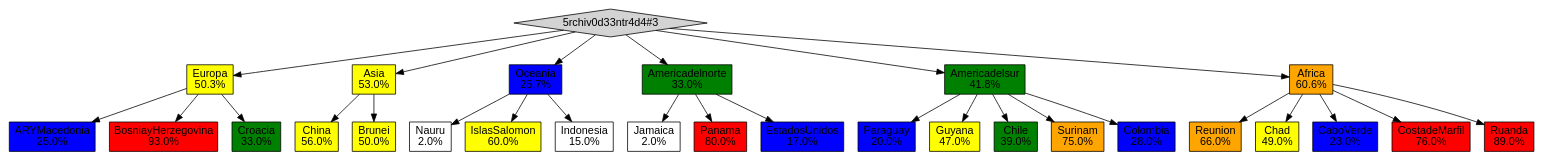
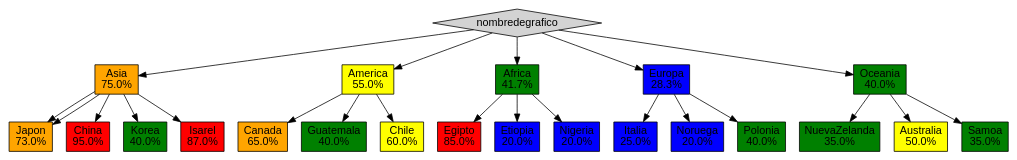
One commit to Farot3/-LFP-2S24Proyectos_202307820 changed the diagram in Proyecto1/grafica_paises.dot. Above: the diagram before and after it, drawn with Graphviz. The commit also changed 9 other files, not shown here.

```diff
--- a/Proyecto1/grafica_paises.dot
+++ b/Proyecto1/grafica_paises.dot
@@ -1,59 +1,49 @@
 digraph G {
 rankdir=TB;
 node [shape=box, style=filled, fontname="Arial"];
-"5rchiv0d33ntr4d4#3" [shape=diamond];
-"Europa" [label="Europa\n50.3%", fillcolor=yellow];
-"5rchiv0d33ntr4d4#3" -> "Europa";
-"ARYMacedonia" [label="ARYMacedonia\n25.0%", fillcolor=blue];
-"Europa" -> "ARYMacedonia";
-"BosniayHerzegovina" [label="BosniayHerzegovina\n93.0%", fillcolor=red];
-"Europa" -> "BosniayHerzegovina";
-"Croacia" [label="Croacia\n33.0%", fillcolor=green];
-"Europa" -> "Croacia";
-"Asia" [label="Asia\n53.0%", fillcolor=yellow];
-"5rchiv0d33ntr4d4#3" -> "Asia";
-"China" [label="China\n56.0%", fillcolor=yellow];
+"nombredegrafico" [shape=diamond];
+"Asia" [label="Asia\n75.0%", fillcolor=orange];
+"nombredegrafico" -> "Asia";
+"Japon" [label="Japon\n80.0%", fillcolor=red];
+"Asia" -> "Japon";
+"China" [label="China\n95.0%", fillcolor=red];
 "Asia" -> "China";
-"Brunei" [label="Brunei\n50.0%", fillcolor=yellow];
-"Asia" -> "Brunei";
-"Oceania" [label="Oceania\n25.7%", fillcolor=blue];
-"5rchiv0d33ntr4d4#3" -> "Oceania";
-"Nauru" [label="Nauru\n2.0%", fillcolor=white];
-"Oceania" -> "Nauru";
-"IslasSalomon" [label="IslasSalomon\n60.0%", fillcolor=yellow];
-"Oceania" -> "IslasSalomon";
-"Indonesia" [label="Indonesia\n15.0%", fillcolor=white];
-"Oceania" -> "Indonesia";
-"Americadelnorte" [label="Americadelnorte\n33.0%", fillcolor=green];
-"5rchiv0d33ntr4d4#3" -> "Americadelnorte";
-"Jamaica" [label="Jamaica\n2.0%", fillcolor=white];
-"Americadelnorte" -> "Jamaica";
-"Panama" [label="Panama\n80.0%", fillcolor=red];
-"Americadelnorte" -> "Panama";
-"EstadosUnidos" [label="EstadosUnidos\n17.0%", fillcolor=blue];
-"Americadelnorte" -> "EstadosUnidos";
-"Americadelsur" [label="Americadelsur\n41.8%", fillcolor=green];
-"5rchiv0d33ntr4d4#3" -> "Americadelsur";
-"Paraguay" [label="Paraguay\n20.0%", fillcolor=blue];
-"Americadelsur" -> "Paraguay";
-"Guyana" [label="Guyana\n47.0%", fillcolor=yellow];
-"Americadelsur" -> "Guyana";
-"Chile" [label="Chile\n39.0%", fillcolor=green];
-"Americadelsur" -> "Chile";
-"Surinam" [label="Surinam\n75.0%", fillcolor=orange];
-"Americadelsur" -> "Surinam";
-"Colombia" [label="Colombia\n28.0%", fillcolor=blue];
-"Americadelsur" -> "Colombia";
-"Africa" [label="Africa\n60.6%", fillcolor=orange];
-"5rchiv0d33ntr4d4#3" -> "Africa";
-"Reunion" [label="Reunion\n66.0%", fillcolor=orange];
-"Africa" -> "Reunion";
-"Chad" [label="Chad\n49.0%", fillcolor=yellow];
-"Africa" -> "Chad";
-"CaboVerde" [label="CaboVerde\n23.0%", fillcolor=blue];
-"Africa" -> "CaboVerde";
-"CostadeMarfil" [label="CostadeMarfil\n76.0%", fillcolor=red];
-"Africa" -> "CostadeMarfil";
-"Ruanda" [label="Ruanda\n89.0%", fillcolor=red];
-"Africa" -> "Ruanda";
+"Korea" [label="Korea\n40.0%", fillcolor=green];
+"Asia" -> "Korea";
+"Isarel" [label="Isarel\n87.0%", fillcolor=red];
+"Asia" -> "Isarel";
+"Japon" [label="Japon\n73.0%", fillcolor=orange];
+"Asia" -> "Japon";
+"America" [label="America\n55.0%", fillcolor=yellow];
+"nombredegrafico" -> "America";
+"Canada" [label="Canada\n65.0%", fillcolor=orange];
+"America" -> "Canada";
+"Guatemala" [label="Guatemala\n40.0%", fillcolor=green];
+"America" -> "Guatemala";
+"Chile" [label="Chile\n60.0%", fillcolor=yellow];
+"America" -> "Chile";
+"Africa" [label="Africa\n41.7%", fillcolor=green];
+"nombredegrafico" -> "Africa";
+"Egipto" [label="Egipto\n85.0%", fillcolor=red];
+"Africa" -> "Egipto";
+"Etiopia" [label="Etiopia\n20.0%", fillcolor=blue];
+"Africa" -> "Etiopia";
+"Nigeria" [label="Nigeria\n20.0%", fillcolor=blue];
+"Africa" -> "Nigeria";
+"Europa" [label="Europa\n28.3%", fillcolor=blue];
+"nombredegrafico" -> "Europa";
+"Italia" [label="Italia\n25.0%", fillcolor=blue];
+"Europa" -> "Italia";
+"Noruega" [label="Noruega\n20.0%", fillcolor=blue];
+"Europa" -> "Noruega";
+"Polonia" [label="Polonia\n40.0%", fillcolor=green];
+"Europa" -> "Polonia";
+"Oceania" [label="Oceania\n40.0%", fillcolor=green];
+"nombredegrafico" -> "Oceania";
+"NuevaZelanda" [label="NuevaZelanda\n35.0%", fillcolor=green];
+"Oceania" -> "NuevaZelanda";
+"Australia" [label="Australia\n50.0%", fillcolor=yellow];
+"Oceania" -> "Australia";
+"Samoa" [label="Samoa\n35.0%", fillcolor=green];
+"Oceania" -> "Samoa";
 }
```
